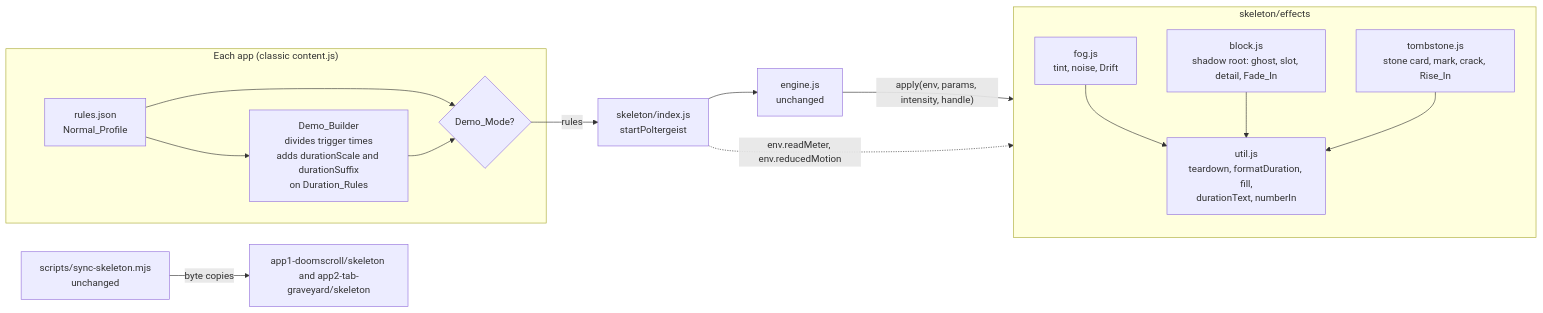
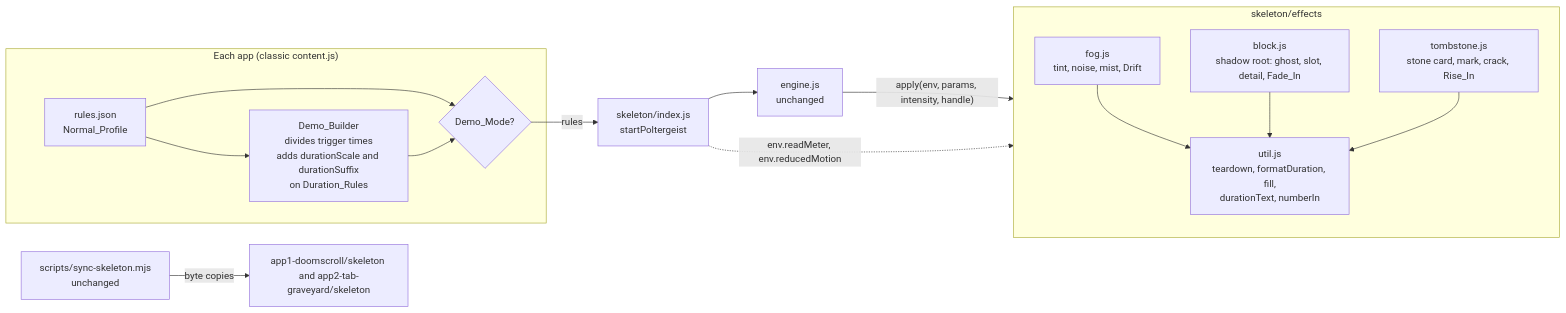
One commit to lirenneedhelp/poltergeist changed the first of 2 diagrams in .kiro/specs/haunt-polish/design.md. Above: the diagram before and after it, drawn with Mermaid. The commit also changed other lines of this file and 2 other files, not shown here.

First line of the commit message:
Spec: amend haunt-polish for visible fog and a larger detail line (Req 2, 4)

````diff
--- a/.kiro/specs/haunt-polish/design.md
+++ b/.kiro/specs/haunt-polish/design.md
@@ -48,22 +68,22 @@
 ```mermaid
 flowchart LR
   subgraph App["Each app (classic content.js)"]
     RJ["rules.json<br/>Normal_Profile"] --> DB["Demo_Builder<br/>divides trigger times<br/>adds durationScale and durationSuffix<br/>on Duration_Rules"]
     RJ --> SEL{"Demo_Mode?"}
     DB --> SEL
   end
   SEL -->|rules| SP["skeleton/index.js<br/>startPoltergeist"]
   SP --> ENG["engine.js<br/>unchanged"]
   ENG -->|"apply(env, params, intensity, handle)"| FX
   subgraph FX["skeleton/effects"]
-    FOG["fog.js<br/>tint, noise, Drift"]
+    FOG["fog.js<br/>tint, noise, mist, Drift"]
     BLK["block.js<br/>shadow root: ghost, slot, detail, Fade_In"]
     TMB["tombstone.js<br/>stone card, mark, crack, Rise_In"]
     UTIL["util.js<br/>teardown, formatDuration, fill,<br/>durationText, numberIn"]
     FOG --> UTIL
     BLK --> UTIL
     TMB --> UTIL
   end
   SP -.->|"env.readMeter, env.reducedMotion"| FX
   SYNC["scripts/sync-skeleton.mjs<br/>unchanged"] -->|byte copies| GEN["app1-doomscroll/skeleton and app2-tab-graveyard/skeleton"]
 ```
````
